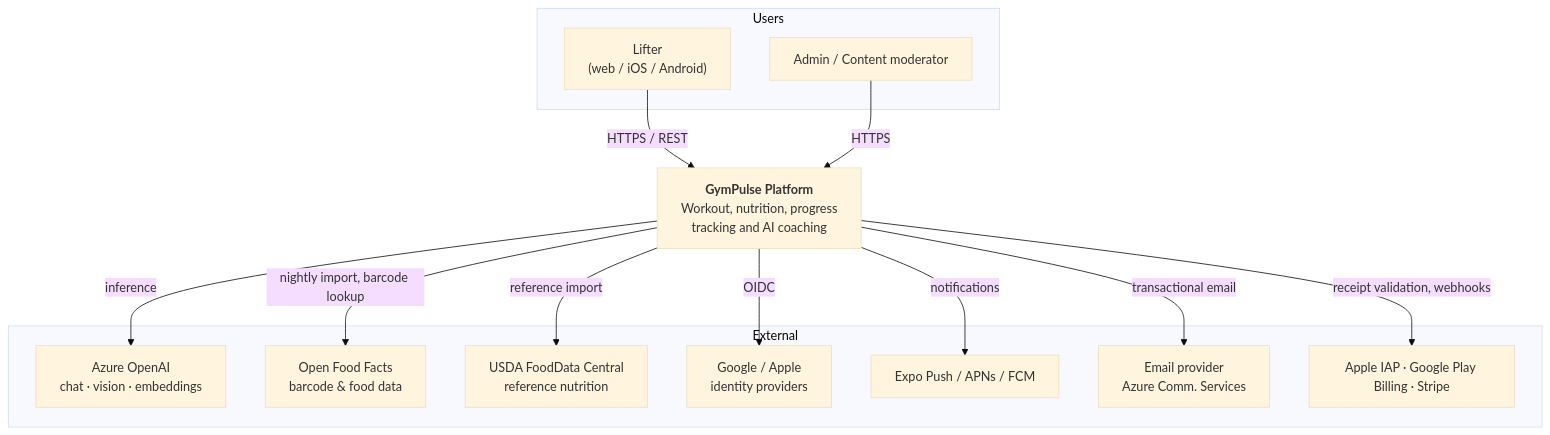
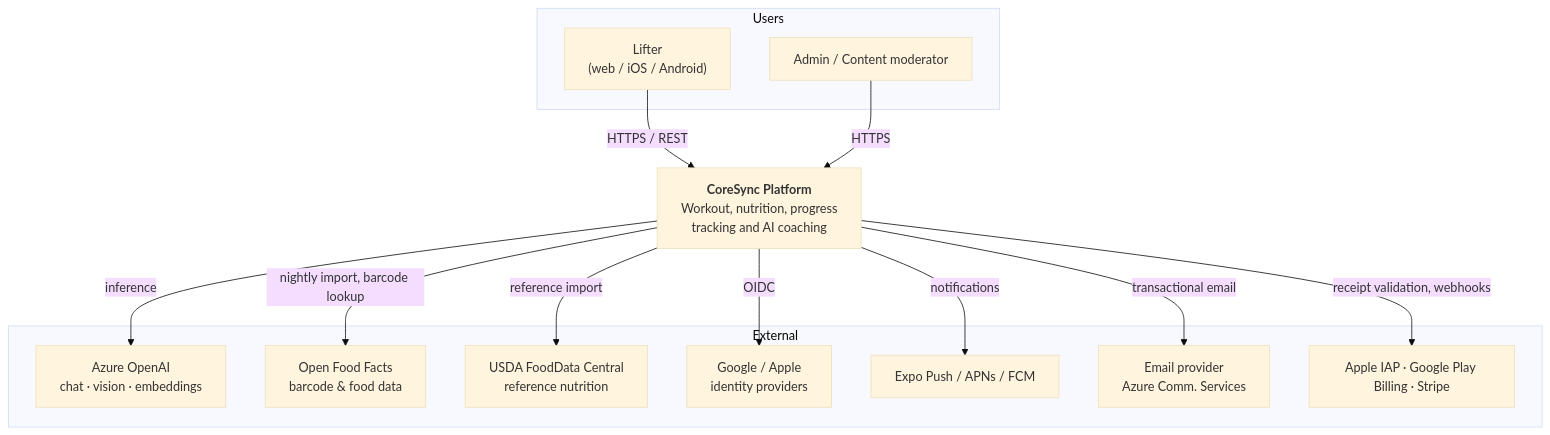
The first of 7 diagrams in docs/02-system-architecture.md (Nikoliadis/CoreSync-AI), drawn with Mermaid (base theme) before and after one commit. The commit also changed 107 other files, not shown here.

First line of the commit message:
feat(api): rename to CoreSync AI and implement Phase 1 auth & profile

````diff
--- a/docs/02-system-architecture.md
+++ b/docs/02-system-architecture.md
@@ -24,29 +24,29 @@
 ```mermaid
 graph TB
     subgraph Users
         U1["Lifter<br/>(web / iOS / Android)"]
         U2["Admin / Content moderator"]
     end
 
-    GP["<b>GymPulse Platform</b><br/>Workout, nutrition, progress<br/>tracking and AI coaching"]
+    GP["<b>CoreSync Platform</b><br/>Workout, nutrition, progress<br/>tracking and AI coaching"]
 
     subgraph External
         AOAI["Azure OpenAI<br/>chat · vision · embeddings"]
         OFF["Open Food Facts<br/>barcode & food data"]
         FDC["USDA FoodData Central<br/>reference nutrition"]
         IDP["Google / Apple<br/>identity providers"]
         PUSH["Expo Push / APNs / FCM"]
         MAIL["Email provider<br/>Azure Comm. Services"]
         PAY["Apple IAP · Google Play Billing · Stripe"]
     end
 
     U1 -->|HTTPS / REST| GP
     U2 -->|HTTPS| GP
     GP -->|inference| AOAI
     GP -->|nightly import, barcode lookup| OFF
     GP -->|reference import| FDC
     GP -->|OIDC| IDP
     GP -->|notifications| PUSH
     GP -->|transactional email| MAIL
     GP -->|receipt validation, webhooks| PAY
 ```
````
